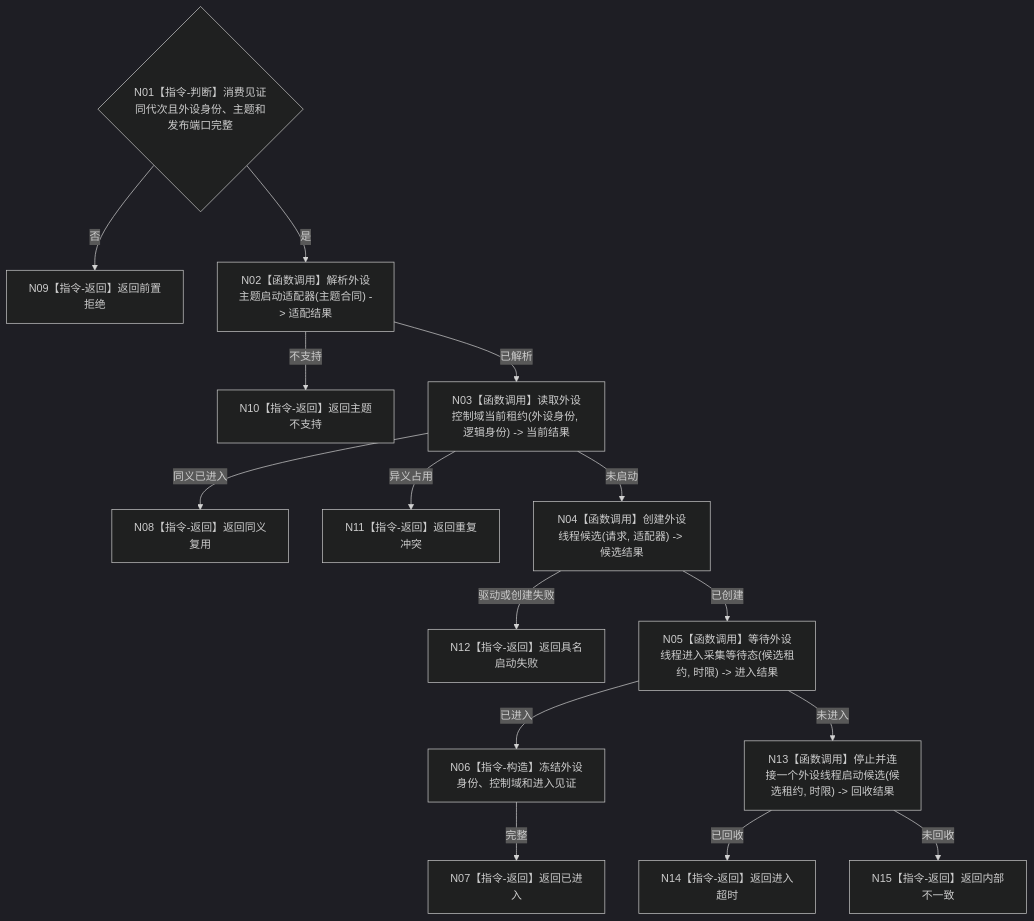
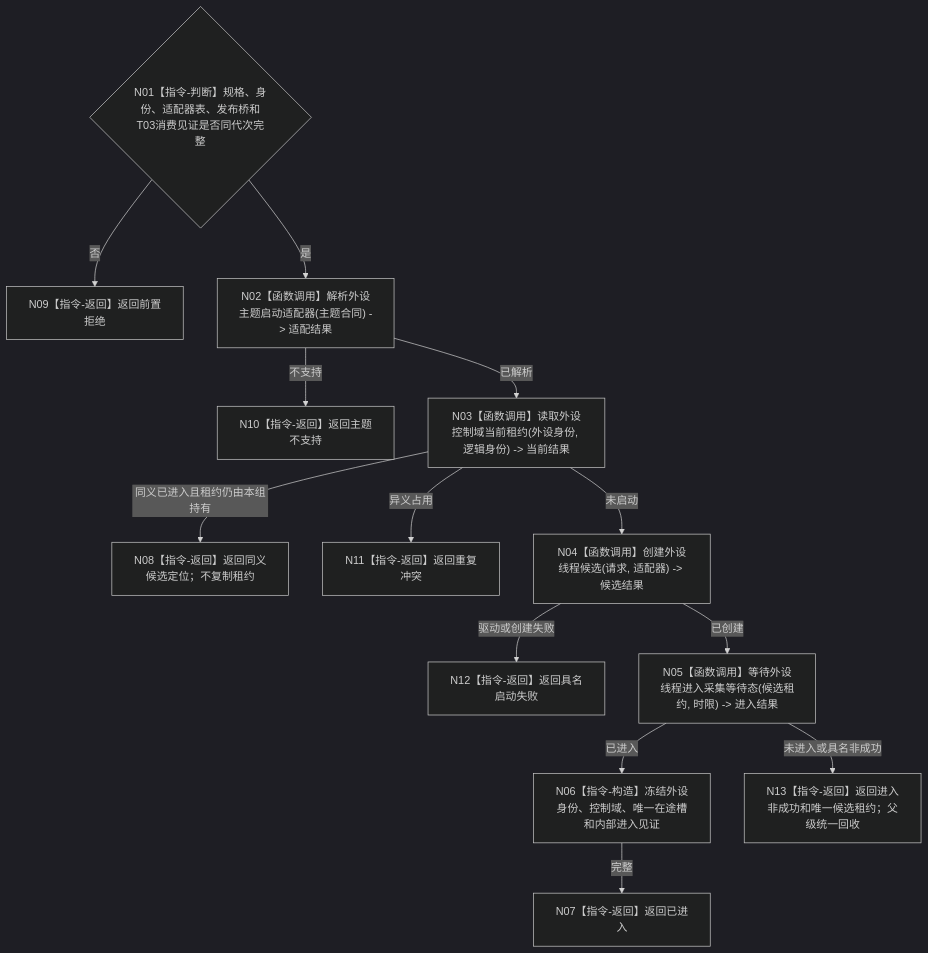
Before and after one commit to chunhaizh-cyber/HY-Ego: the diagram in 流程图/目标业务流程图/L3/BIZ-L3-001-07-01_启动一个外设线程_目标函数流程图_v0.1.md, drawn with Mermaid (dark theme). The commit also changed other lines of this file and 17 other files, not shown here.

````diff
--- a/流程图/目标业务流程图/L3/BIZ-L3-001-07-01_启动一个外设线程_目标函数流程图_v0.1.md
+++ b/流程图/目标业务流程图/L3/BIZ-L3-001-07-01_启动一个外设线程_目标函数流程图_v0.1.md
@@ -30,17 +30,15 @@
 ```mermaid
 flowchart TD
-    N01{"N01【指令-判断】消费见证同代次且外设身份、主题和发布端口完整"} -->|否| N09["N09【指令-返回】返回前置拒绝"]
+    N01{"N01【指令-判断】规格、身份、适配器表、发布桥和T03消费见证是否同代次完整"} -->|否| N09["N09【指令-返回】返回前置拒绝"]
     N01 -->|是| N02["N02【函数调用】解析外设主题启动适配器(主题合同) -> 适配结果"]
     N02 -->|不支持| N10["N10【指令-返回】返回主题不支持"]
     N02 -->|已解析| N03["N03【函数调用】读取外设控制域当前租约(外设身份, 逻辑身份) -> 当前结果"]
-    N03 -->|同义已进入| N08["N08【指令-返回】返回同义复用"]
+    N03 -->|同义已进入且租约仍由本组持有| N08["N08【指令-返回】返回同义候选定位；不复制租约"]
     N03 -->|异义占用| N11["N11【指令-返回】返回重复冲突"]
     N03 -->|未启动| N04["N04【函数调用】创建外设线程候选(请求, 适配器) -> 候选结果"]
     N04 -->|驱动或创建失败| N12["N12【指令-返回】返回具名启动失败"]
     N04 -->|已创建| N05["N05【函数调用】等待外设线程进入采集等待态(候选租约, 时限) -> 进入结果"]
-    N05 -->|已进入| N06["N06【指令-构造】冻结外设身份、控制域和进入见证"]
+    N05 -->|已进入| N06["N06【指令-构造】冻结外设身份、控制域、唯一在途槽和内部进入见证"]
     N06 -->|完整| N07["N07【指令-返回】返回已进入"]
-    N05 -->|未进入| N13["N13【函数调用】停止并连接一个外设线程启动候选(候选租约, 时限) -> 回收结果"]
-    N13 -->|已回收| N14["N14【指令-返回】返回进入超时"]
-    N13 -->|未回收| N15["N15【指令-返回】返回内部不一致"]
+    N05 -->|未进入或具名非成功| N13["N13【指令-返回】返回进入非成功和唯一候选租约；父级统一回收"]
 ```
````
